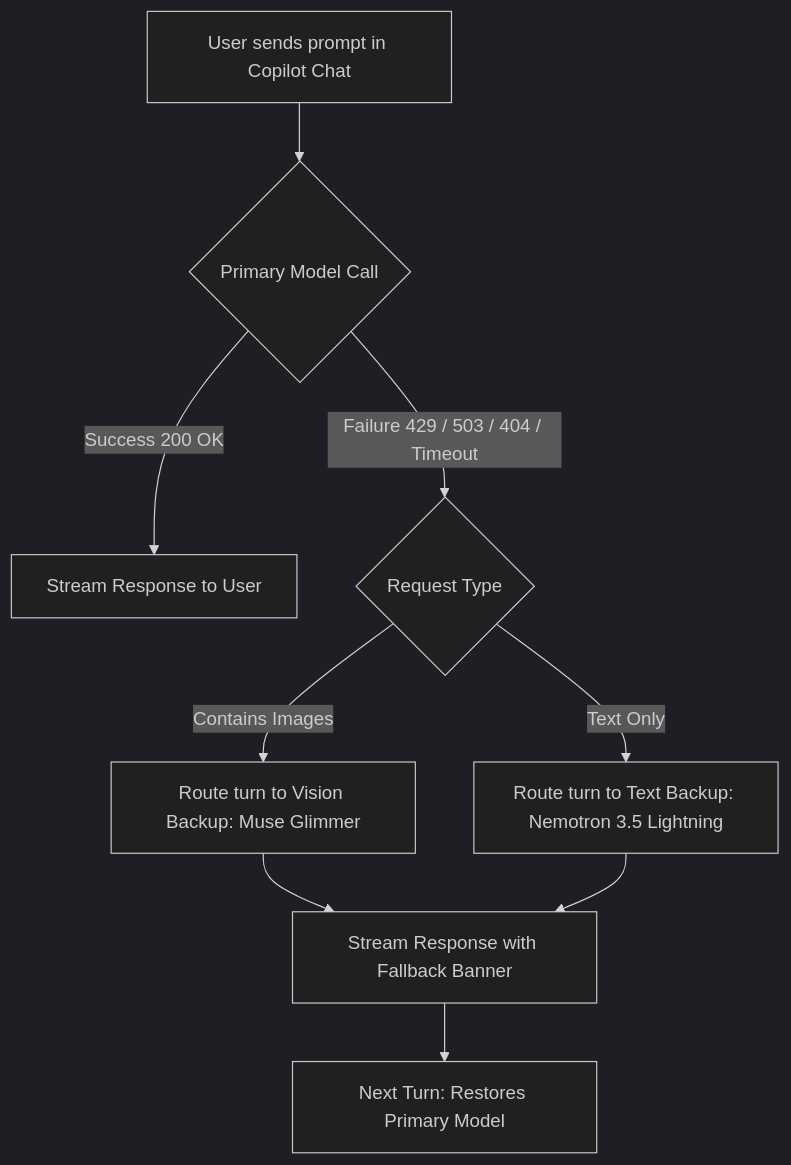
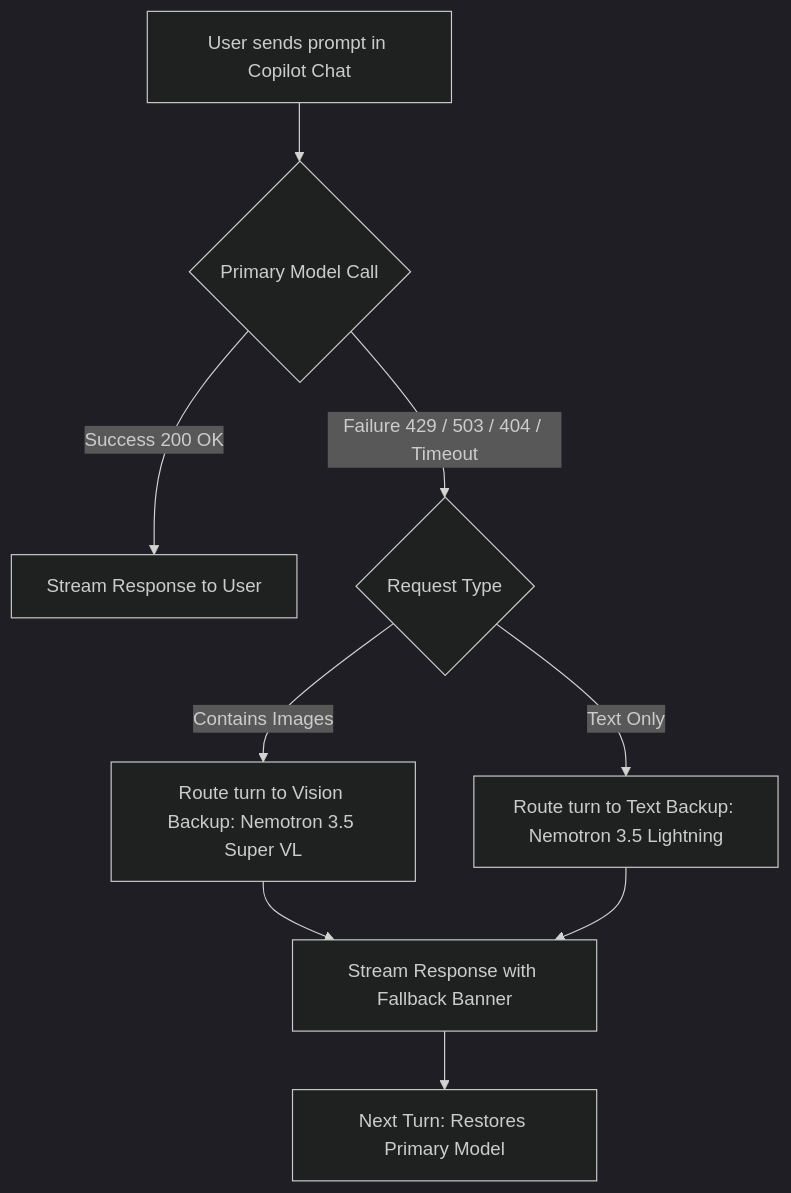
Before and after one commit to BaUka0/nvidia-nim-provider: the diagram in docs/failover.md, drawn with Mermaid (dark theme). The commit also changed other lines of this file and 25 other files, not shown here.

First line of the commit message:
fix: remove retired muse glimmer model and resolve underscore slugs

````diff
--- a/docs/failover.md
+++ b/docs/failover.md
@@ -16,11 +16,11 @@
 ```mermaid
 flowchart TD
     A[User sends prompt in Copilot Chat] --> B{Primary Model Call}
     B -- Success 200 OK --> C[Stream Response to User]
     B -- Failure 429 / 503 / 404 / Timeout --> D{Request Type}
-    D -- Contains Images --> E[Route turn to Vision Backup: Muse Glimmer]
+    D -- Contains Images --> E[Route turn to Vision Backup: Nemotron 3.5 Super VL]
     D -- Text Only --> F[Route turn to Text Backup: Nemotron 3.5 Lightning]
     E --> G[Stream Response with Fallback Banner]
     F --> G
     G --> H[Next Turn: Restores Primary Model]
 ```
````
